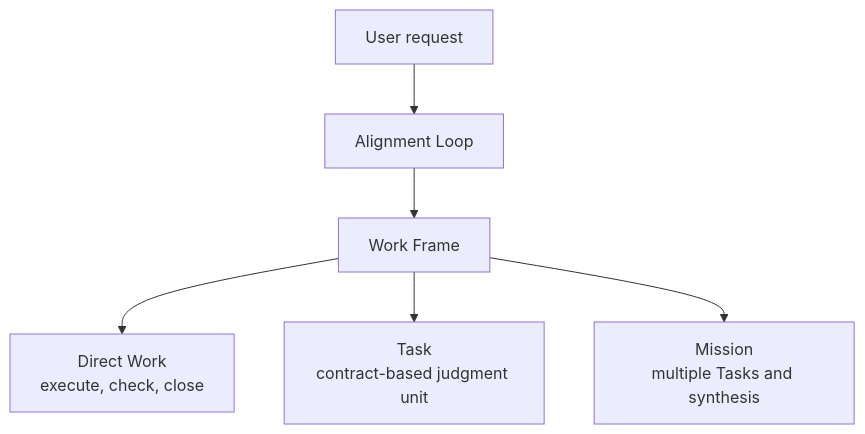
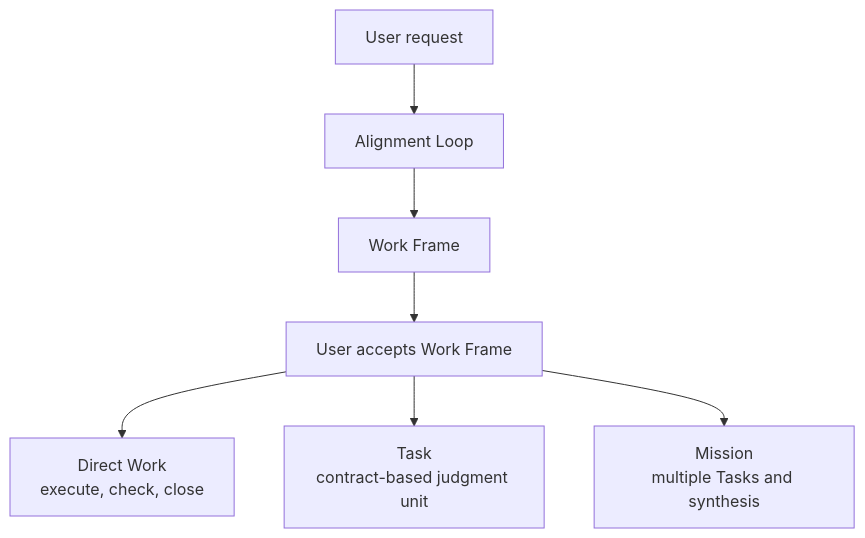
The first of 2 diagrams in README.md (choam2426/Geas), drawn with Mermaid before and after one commit. The commit also changed 10 other files, not shown here.

First line of the commit message:
Define acceptance process and Work Frame approval gate

````diff
--- a/README.md
+++ b/README.md
@@ -103,8 +103,9 @@
 ```mermaid
 flowchart TD
   request["User request"] --> align["Alignment Loop"]
   align --> frame["Work Frame"]
-  frame --> direct["Direct Work<br/>execute, check, close"]
-  frame --> task["Task<br/>contract-based judgment unit"]
-  frame --> mission["Mission<br/>multiple Tasks and synthesis"]
+  frame --> frameAccept["User accepts Work Frame"]
+  frameAccept --> direct["Direct Work<br/>execute, check, close"]
+  frameAccept --> task["Task<br/>contract-based judgment unit"]
+  frameAccept --> mission["Mission<br/>multiple Tasks and synthesis"]
 ```
````
